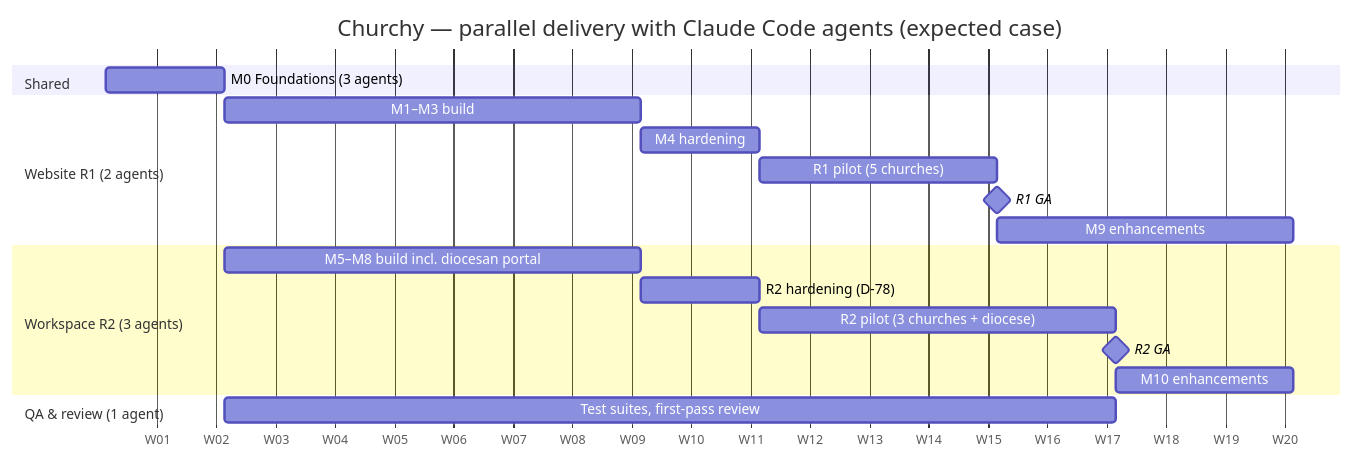
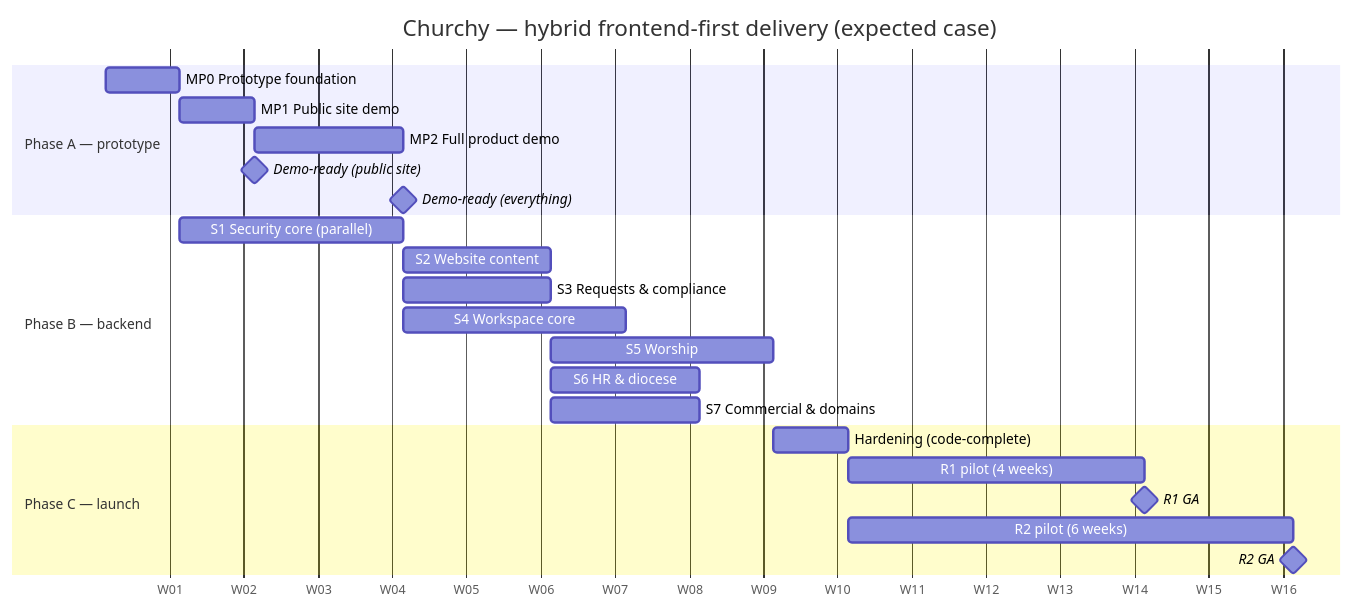
One commit to obviousmarcello/churchy changed the second of 2 diagrams in docs/03-DELIVERABLES.md. Above: the diagram before and after it, drawn with Mermaid. The commit also changed other lines of this file and 2 other files, not shown here.

First line of the commit message:
Switch delivery plan to hybrid frontend-first

````diff
--- a/docs/03-DELIVERABLES.md
+++ b/docs/03-DELIVERABLES.md
@@ -138,22 +164,26 @@
 ```mermaid
 gantt
-    title Churchy — parallel delivery with Claude Code agents (expected case)
+    title Churchy — hybrid frontend-first delivery (expected case)
     dateFormat  YYYY-MM-DD
     axisFormat  W%W
-    section Shared
-    M0 Foundations (3 agents)          :m0, 2027-01-04, 2w
-    section Website R1 (2 agents)
-    M1–M3 build                        :w1, after m0, 7w
-    M4 hardening                       :w2, after w1, 2w
-    R1 pilot (5 churches)              :w3, after w2, 4w
-    R1 GA                              :milestone, after w3, 0d
-    M9 enhancements                    :w4, after w3, 5w
-    section Workspace R2 (3 agents)
-    M5–M8 build incl. diocesan portal  :r1, after m0, 7w
-    R2 hardening (D-78)                :r2, after r1, 2w
-    R2 pilot (3 churches + diocese)    :r3, after r2, 6w
-    R2 GA                              :milestone, after r3, 0d
-    M10 enhancements                   :r4, after r3, 3w
-    section QA & review (1 agent)
-    Test suites, first-pass review     :q1, after m0, 15w
+    section Phase A — prototype
+    MP0 Prototype foundation           :mp0, 2027-01-04, 1w
+    MP1 Public site demo               :mp1, after mp0, 1w
+    MP2 Full product demo              :mp2, after mp1, 2w
+    Demo-ready (public site)           :milestone, after mp1, 0d
+    Demo-ready (everything)            :milestone, after mp2, 0d
+    section Phase B — backend
+    S1 Security core (parallel)        :s1, after mp0, 3w
+    S2 Website content                 :s2, after s1, 2w
+    S3 Requests & compliance           :s3, after s1, 2w
+    S4 Workspace core                  :s4, after s1, 3w
+    S5 Worship                         :s5, after s3, 3w
+    S6 HR & diocese                    :s6, after s3, 2w
+    S7 Commercial & domains            :s7, after s3, 2w
+    section Phase C — launch
+    Hardening (code-complete)          :h, after s5, 1w
+    R1 pilot (4 weeks)                 :p1, after h, 4w
+    R1 GA                              :milestone, after p1, 0d
+    R2 pilot (6 weeks)                 :p2, after h, 6w
+    R2 GA                              :milestone, after p2, 0d
 ```
````
